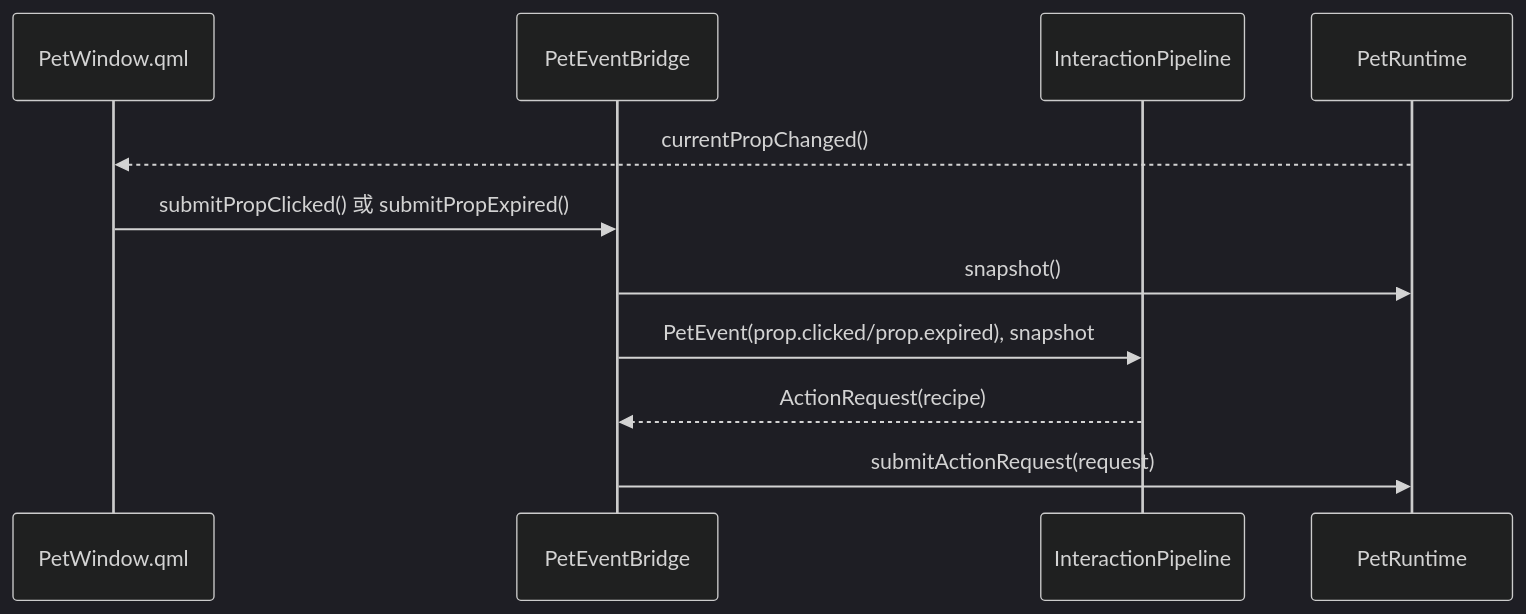
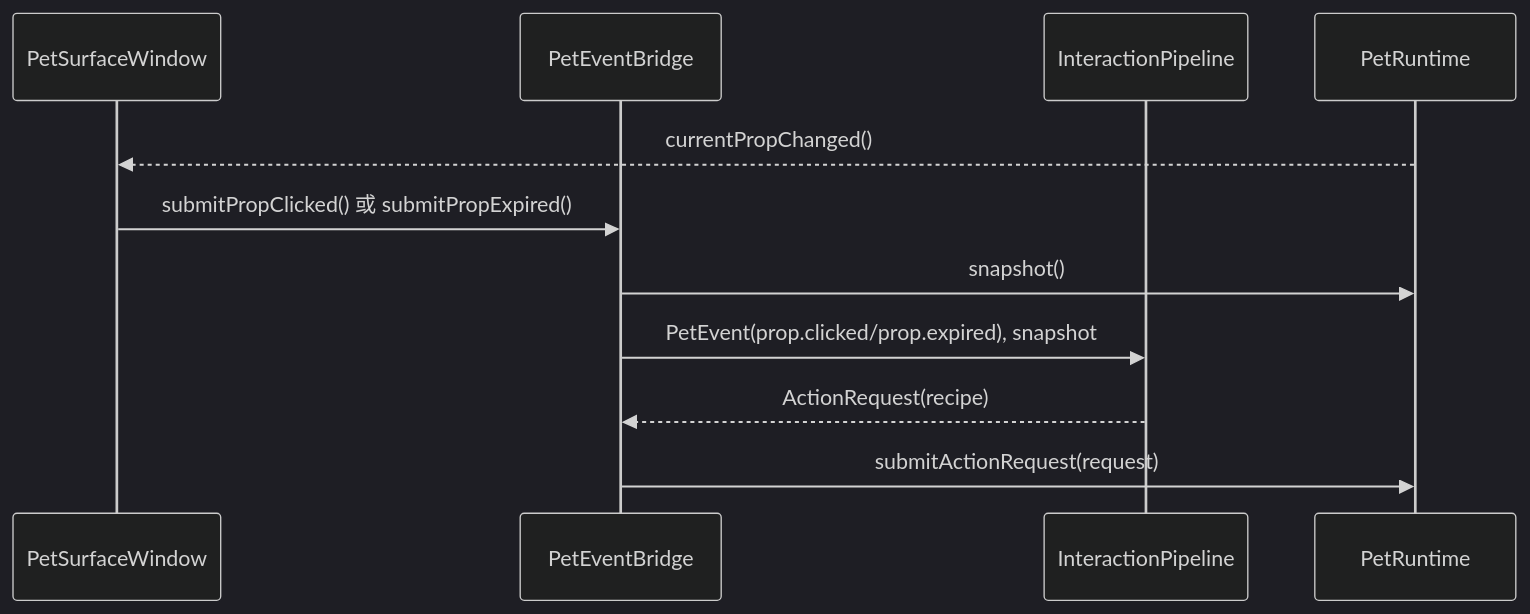
One commit to tiantian180/MilesEdgeworth changed the fifth of 5 diagrams in docs/v2/设计方案/桌宠运行时职责拆分设计.md. Above: the diagram before and after it, drawn with Mermaid (dark theme). The commit also changed other lines of this file and 36 other files, not shown here.

Commit message:
test: add architecture guardrails

````diff
--- a/docs/v2/设计方案/桌宠运行时职责拆分设计.md
+++ b/docs/v2/设计方案/桌宠运行时职责拆分设计.md
@@ -667,14 +669,14 @@
 ```mermaid
 sequenceDiagram
-    participant QML as PetWindow.qml
+    participant Surface as PetSurfaceWindow
     participant Bridge as PetEventBridge
     participant Pipeline as InteractionPipeline
     participant Runtime as PetRuntime
 
-    Runtime-->>QML: currentPropChanged()
-    QML->>Bridge: submitPropClicked() 或 submitPropExpired()
+    Runtime-->>Surface: currentPropChanged()
+    Surface->>Bridge: submitPropClicked() 或 submitPropExpired()
     Bridge->>Runtime: snapshot()
     Bridge->>Pipeline: PetEvent(prop.clicked/prop.expired), snapshot
     Pipeline-->>Bridge: ActionRequest(recipe)
     Bridge->>Runtime: submitActionRequest(request)
 ```
````
